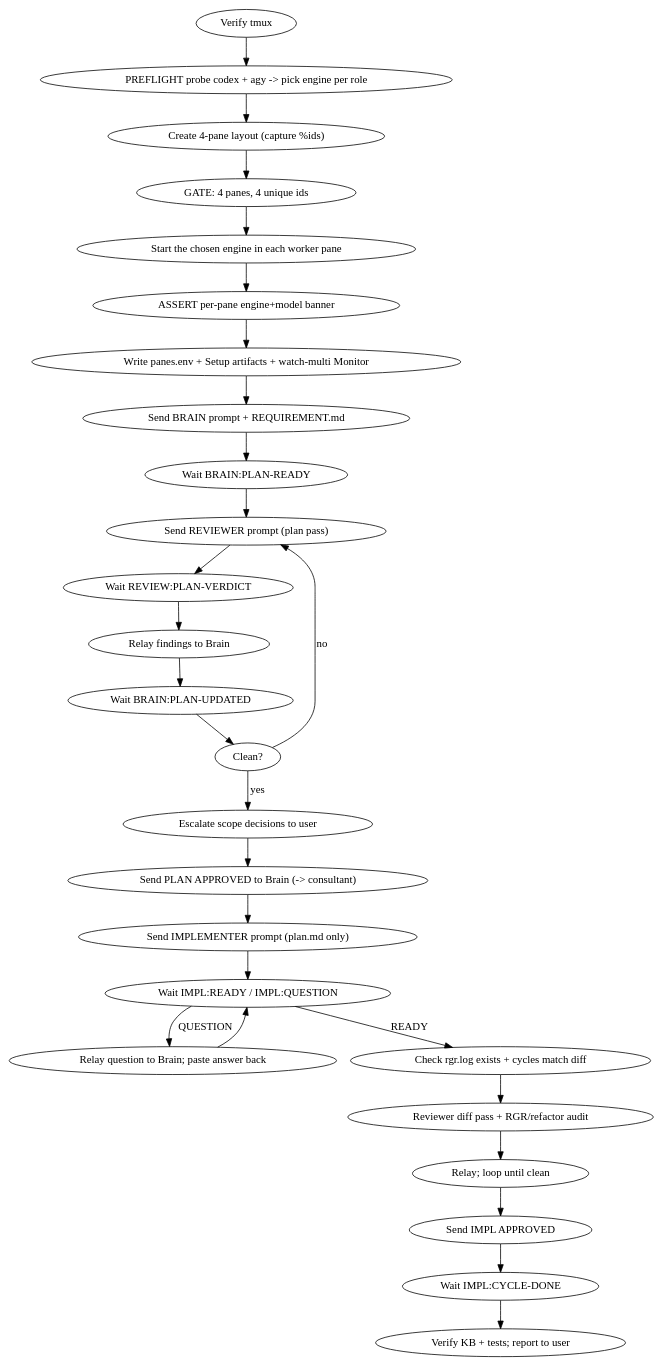
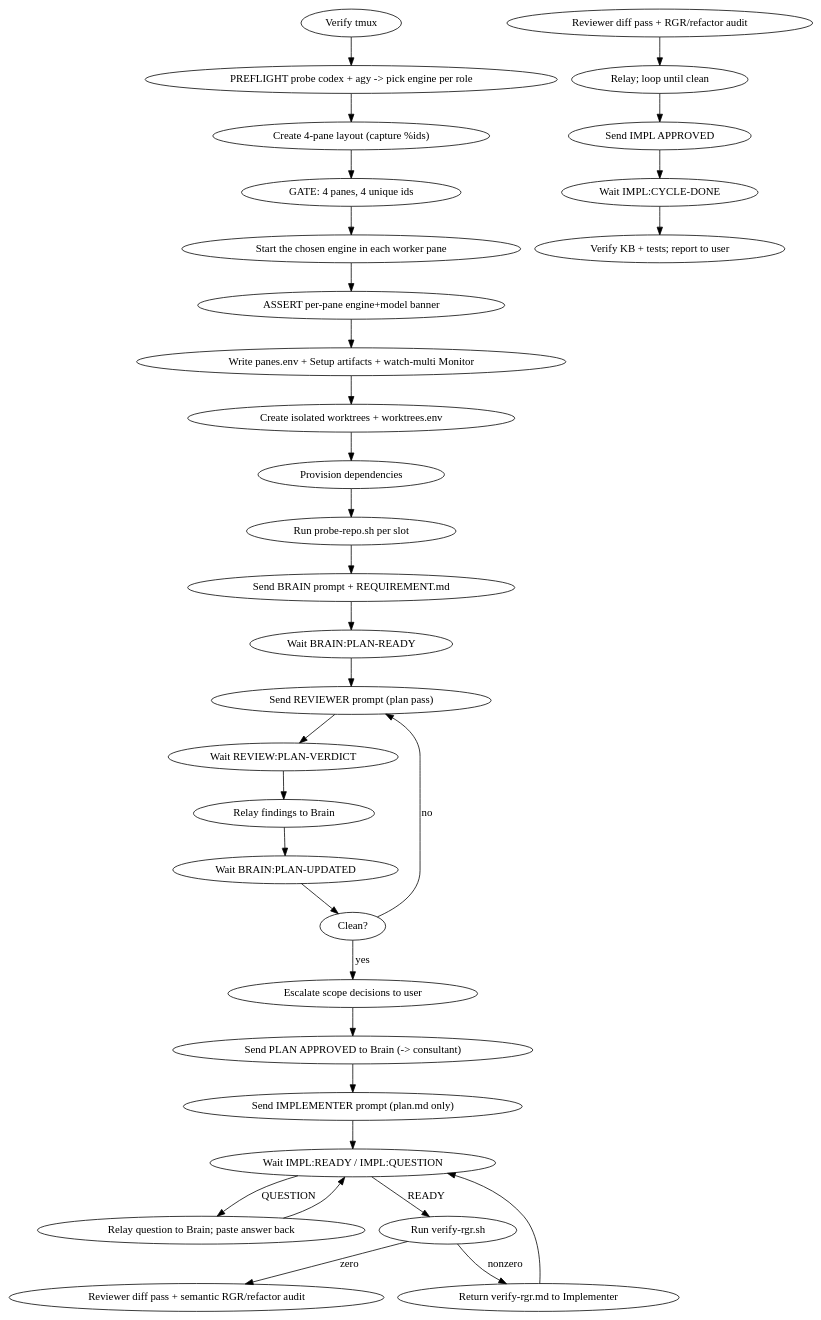
Before and after one commit to chermosillo-lkmx/ronin: the diagram in skills/tmux-worker-loop/SKILL.md, drawn with Graphviz. The commit also changed other lines of this file and 16 other files, not shown here.

````diff
--- a/skills/tmux-worker-loop/SKILL.md
+++ b/skills/tmux-worker-loop/SKILL.md
@@ -93,32 +93,37 @@
 ```dot
 digraph workflow {
   "Verify tmux" -> "PREFLIGHT probe codex + agy -> pick engine per role";
   "PREFLIGHT probe codex + agy -> pick engine per role" -> "Create 4-pane layout (capture %ids)";
   "Create 4-pane layout (capture %ids)" -> "GATE: 4 panes, 4 unique ids";
   "GATE: 4 panes, 4 unique ids" -> "Start the chosen engine in each worker pane";
   "Start the chosen engine in each worker pane" -> "ASSERT per-pane engine+model banner";
   "ASSERT per-pane engine+model banner" -> "Write panes.env + Setup artifacts + watch-multi Monitor";
-  "Write panes.env + Setup artifacts + watch-multi Monitor" -> "Send BRAIN prompt + REQUIREMENT.md";
+  "Write panes.env + Setup artifacts + watch-multi Monitor" -> "Create isolated worktrees + worktrees.env";
+  "Create isolated worktrees + worktrees.env" -> "Provision dependencies";
+  "Provision dependencies" -> "Run probe-repo.sh per slot";
+  "Run probe-repo.sh per slot" -> "Send BRAIN prompt + REQUIREMENT.md";
   "Send BRAIN prompt + REQUIREMENT.md" -> "Wait BRAIN:PLAN-READY";
 
   "Wait BRAIN:PLAN-READY" -> "Send REVIEWER prompt (plan pass)";
   "Send REVIEWER prompt (plan pass)" -> "Wait REVIEW:PLAN-VERDICT";
   "Wait REVIEW:PLAN-VERDICT" -> "Relay findings to Brain";
   "Relay findings to Brain" -> "Wait BRAIN:PLAN-UPDATED";
   "Wait BRAIN:PLAN-UPDATED" -> "Clean?";
   "Clean?" -> "Send REVIEWER prompt (plan pass)" [label="no"];
   "Clean?" -> "Escalate scope decisions to user" [label="yes"];
   "Escalate scope decisions to user" -> "Send PLAN APPROVED to Brain (-> consultant)";
 
   "Send PLAN APPROVED to Brain (-> consultant)" -> "Send IMPLEMENTER prompt (plan.md only)";
   "Send IMPLEMENTER prompt (plan.md only)" -> "Wait IMPL:READY / IMPL:QUESTION";
   "Wait IMPL:READY / IMPL:QUESTION" -> "Relay question to Brain; paste answer back" [label="QUESTION"];
   "Relay question to Brain; paste answer back" -> "Wait IMPL:READY / IMPL:QUESTION";
-  "Wait IMPL:READY / IMPL:QUESTION" -> "Check rgr.log exists + cycles match diff" [label="READY"];
-  "Check rgr.log exists + cycles match diff" -> "Reviewer diff pass + RGR/refactor audit";
+  "Wait IMPL:READY / IMPL:QUESTION" -> "Run verify-rgr.sh" [label="READY"];
+  "Run verify-rgr.sh" -> "Return verify-rgr.md to Implementer" [label="nonzero"];
+  "Return verify-rgr.md to Implementer" -> "Wait IMPL:READY / IMPL:QUESTION";
+  "Run verify-rgr.sh" -> "Reviewer diff pass + semantic RGR/refactor audit" [label="zero"];
   "Reviewer diff pass + RGR/refactor audit" -> "Relay; loop until clean";
   "Relay; loop until clean" -> "Send IMPL APPROVED";
   "Send IMPL APPROVED" -> "Wait IMPL:CYCLE-DONE";
   "Wait IMPL:CYCLE-DONE" -> "Verify KB + tests; report to user";
 }
 ```
````
